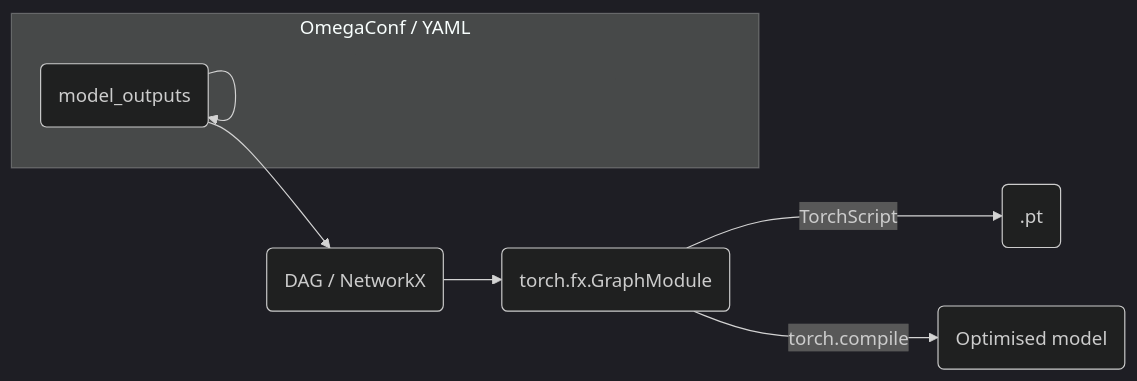
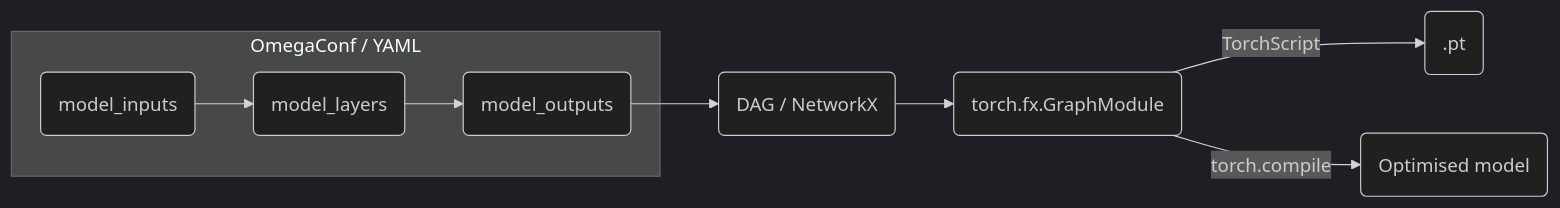
One commit to openkim/klay changed the diagram in docs/intro.rst. Above: the diagram before and after it, drawn with Mermaid (dark theme). The commit also changed other lines of this file and 2 other files, not shown here.

Commit message:
Added atomwise batch layer + documentation typos

```diff
--- a/docs/intro.rst
+++ b/docs/intro.rst
@@ -73,10 +73,10 @@
 .. mermaid::
 
    graph LR
        subgraph "OmegaConf / YAML"
-          Y(model_inputs) --> Y(model_layers) --> Y(model_outputs)
+          X(model_inputs) --> Y(model_layers) --> Z(model_outputs)
        end
-       Y --> D(DAG / NetworkX)
+       Z --> D(DAG / NetworkX)
        D --> FX(torch.fx.GraphModule)
        FX -->|TorchScript| PT(.pt)
        FX -->|torch.compile| JIT(Optimised model)
```
